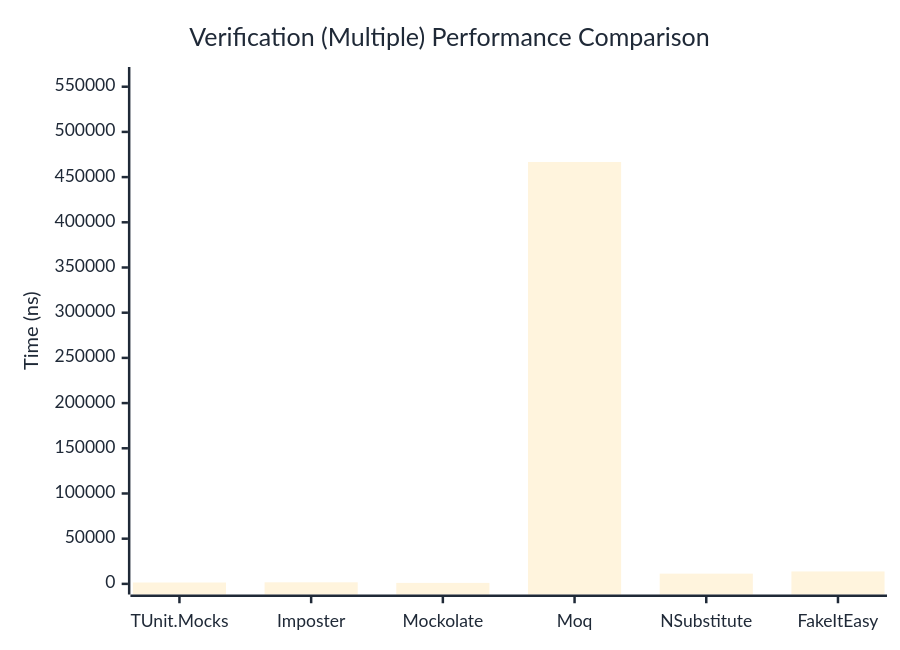
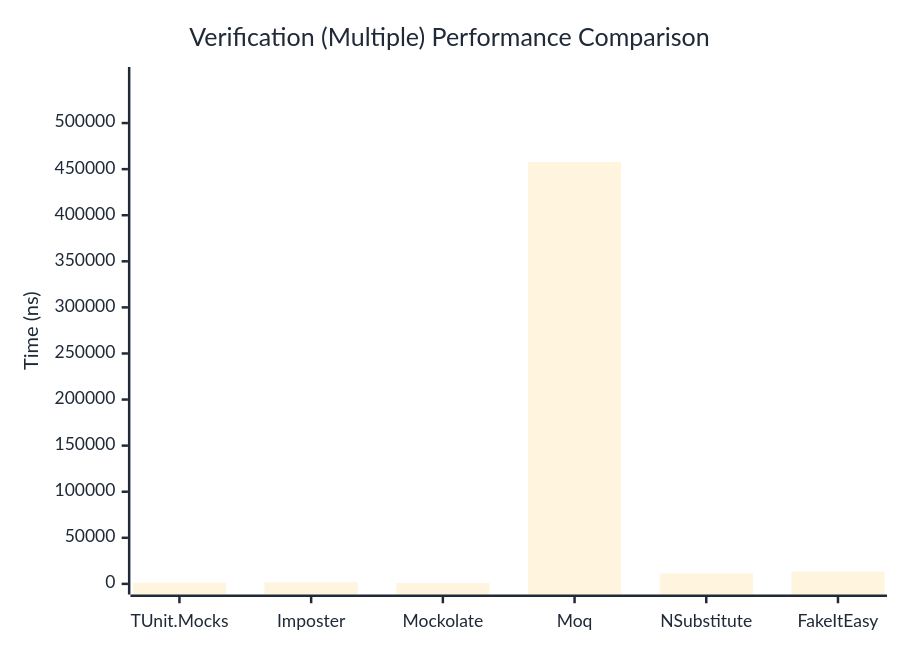
The third of 3 diagrams in docs/docs/benchmarks/mocks/Verification.md (thomhurst/TUnit), drawn with Mermaid before and after one commit. The commit also changed other lines of this file and 14 other files, not shown here.

````diff
--- a/docs/docs/benchmarks/mocks/Verification.md
+++ b/docs/docs/benchmarks/mocks/Verification.md
@@ -112,27 +112,27 @@
 ```mermaid
 %%{init: {
   'theme':'base',
   'themeVariables': {
     'primaryColor': '#2563eb',
     'primaryTextColor': '#1f2937',
     'primaryBorderColor': '#1e40af',
     'lineColor': '#6b7280',
     'secondaryColor': '#7c3aed',
     'tertiaryColor': '#dc2626',
     'background': '#ffffff',
     'pie1': '#2563eb',
     'pie2': '#7c3aed',
     'pie3': '#dc2626',
     'pie4': '#f59e0b',
     'pie5': '#10b981',
     'pie6': '#06b6d4',
     'pie7': '#ec4899',
     'pie8': '#6366f1'
   }
 }}%%
 xychart-beta
   title "Verification (Multiple) Performance Comparison"
   x-axis ["TUnit.Mocks", "Imposter", "Mockolate", "Moq", "NSubstitute", "FakeItEasy"]
-  y-axis "Time (ns)" 0 --> 560052
-  bar [1518.94, 1742.5, 1070.31, 466710, 11311.02, 13735.68]
+  y-axis "Time (ns)" 0 --> 549297
+  bar [1228.73, 1673.95, 1061.56, 457746.83, 11350.13, 13285.5]
 ```
````
